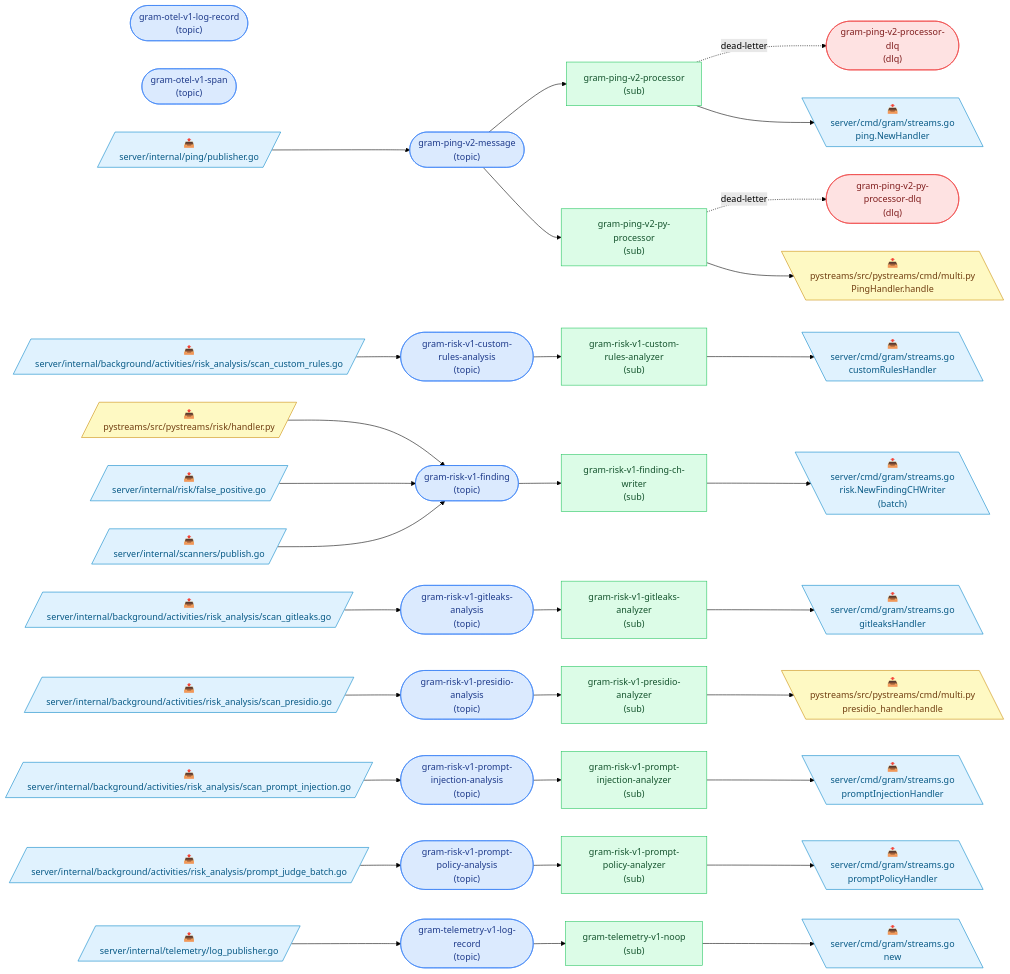
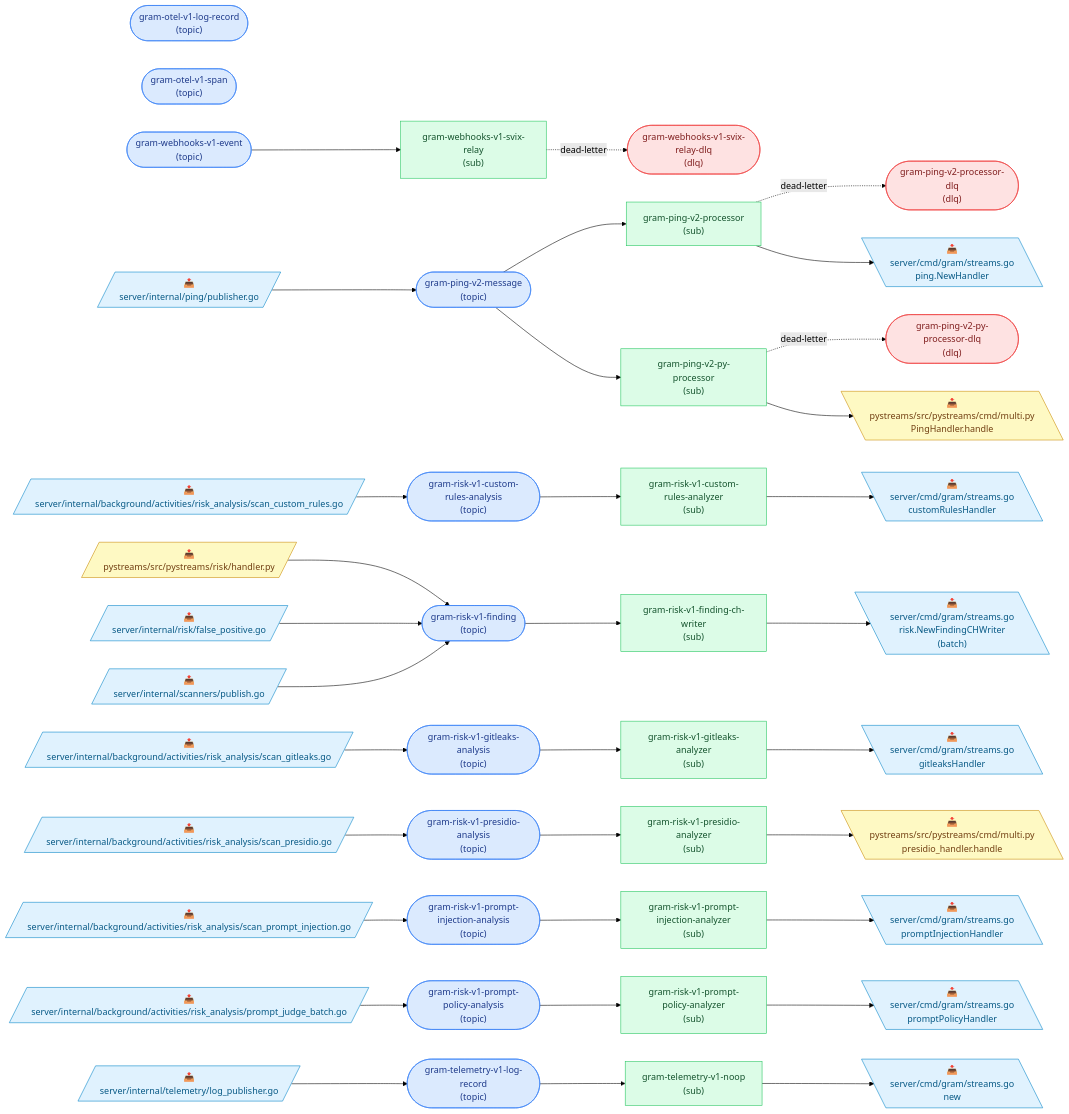
The diagram in docs/pubsub-topology.md (speakeasy-api/gram), drawn with Mermaid (forest theme) before and after one commit. The commit also changed other lines of this file and 10 other files, not shown here.

First line of the commit message:
feat(infra): declare the webhooks event topic and Svix relay subscription

```diff
--- a/docs/pubsub-topology.md
+++ b/docs/pubsub-topology.md
@@ -27,6 +27,8 @@
   t_gram_risk_v1_prompt_injection_analysis(["gram-risk-v1-prompt-injection-analysis<br/>(topic)"]):::topic
   t_gram_risk_v1_prompt_policy_analysis(["gram-risk-v1-prompt-policy-analysis<br/>(topic)"]):::topic
   t_gram_telemetry_v1_log_record(["gram-telemetry-v1-log-record<br/>(topic)"]):::topic
+  t_gram_webhooks_v1_event(["gram-webhooks-v1-event<br/>(topic)"]):::topic
+  t_gram_webhooks_v1_svix_relay_dlq(["gram-webhooks-v1-svix-relay-dlq<br/>(dlq)"]):::dlq
   s_gram_ping_v2_processor["gram-ping-v2-processor<br/>(sub)"]:::sub
   s_gram_ping_v2_py_processor["gram-ping-v2-py-processor<br/>(sub)"]:::sub
   s_gram_risk_v1_custom_rules_analyzer["gram-risk-v1-custom-rules-analyzer<br/>(sub)"]:::sub
@@ -36,6 +38,7 @@
   s_gram_risk_v1_prompt_injection_analyzer["gram-risk-v1-prompt-injection-analyzer<br/>(sub)"]:::sub
   s_gram_risk_v1_prompt_policy_analyzer["gram-risk-v1-prompt-policy-analyzer<br/>(sub)"]:::sub
   s_gram_telemetry_v1_noop["gram-telemetry-v1-noop<br/>(sub)"]:::sub
+  s_gram_webhooks_v1_svix_relay["gram-webhooks-v1-svix-relay<br/>(sub)"]:::sub
 
   p0[/"📤<br/>server/internal/ping/publisher.go"/]:::go
   p0 --> t_gram_ping_v2_message
@@ -68,6 +71,8 @@
   t_gram_risk_v1_prompt_injection_analysis --> s_gram_risk_v1_prompt_injection_analyzer
   t_gram_risk_v1_prompt_policy_analysis --> s_gram_risk_v1_prompt_policy_analyzer
   t_gram_telemetry_v1_log_record --> s_gram_telemetry_v1_noop
+  t_gram_webhooks_v1_event --> s_gram_webhooks_v1_svix_relay
+  s_gram_webhooks_v1_svix_relay -. dead-letter .-> t_gram_webhooks_v1_svix_relay_dlq
   c10[\"📥<br/>server/cmd/gram/streams.go<br/>ping.NewHandler"\]:::go
   s_gram_ping_v2_processor --> c10
   c11[\"📥<br/>pystreams/src/pystreams/cmd/multi.py<br/>PingHandler.handle"\]:::python
```
